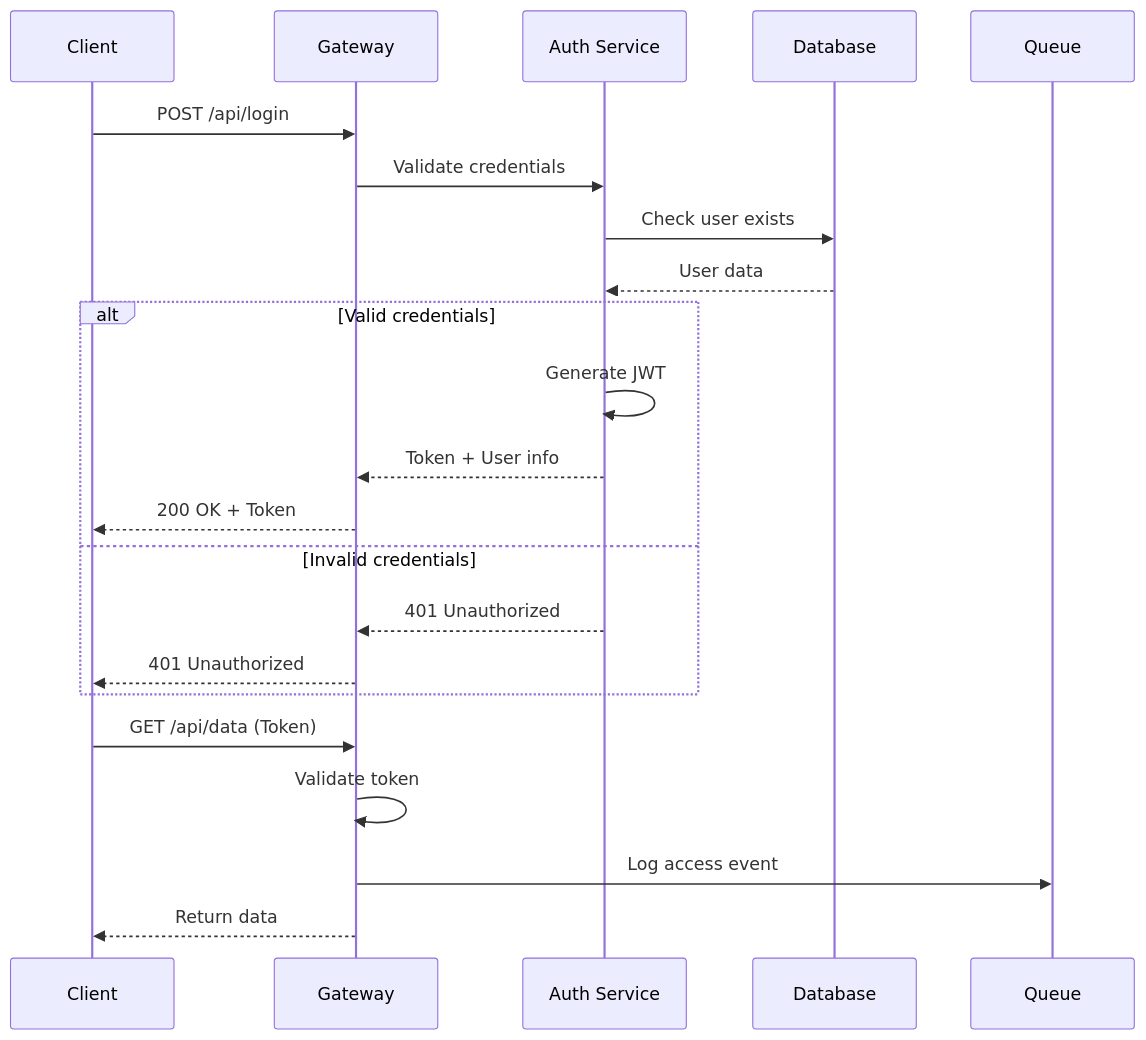
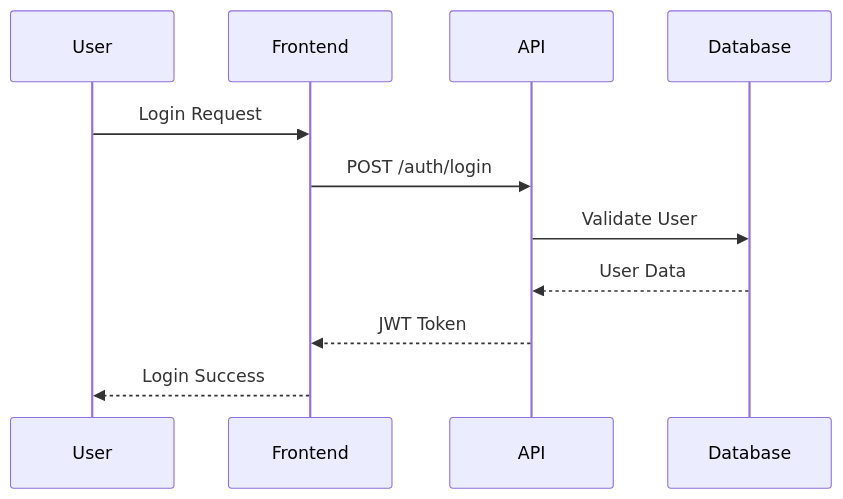
Before and after one commit to oskar-dragon/claude-setup-public: the third of 3 diagrams in commands/tool/diagram.md, drawn with Mermaid. The commit also changed other lines of this file and 44 other files, not shown here.

````diff
--- a/commands/tool/diagram.md
+++ b/commands/tool/diagram.md
@@ -102,27 +80,14 @@
 ```mermaid
 sequenceDiagram
-    participant C as Client
-    participant G as Gateway
-    participant A as Auth Service
+    participant U as User
+    participant F as Frontend
+    participant A as API
     participant D as Database
-    participant Q as Queue
 
-    C->>G: POST /api/login
-    G->>A: Validate credentials
-    A->>D: Check user exists
-    D-->>A: User data
-
-    alt Valid credentials
-        A->>A: Generate JWT
-        A-->>G: Token + User info
-        G-->>C: 200 OK + Token
-    else Invalid credentials
-        A-->>G: 401 Unauthorized
-        G-->>C: 401 Unauthorized
-    end
-
-    C->>G: GET /api/data (Token)
-    G->>G: Validate token
-    G->>Q: Log access event
-    G-->>C: Return data
+    U->>F: Login Request
+    F->>A: POST /auth/login
+    A->>D: Validate User
+    D-->>A: User Data
+    A-->>F: JWT Token
+    F-->>U: Login Success
 ```
````
